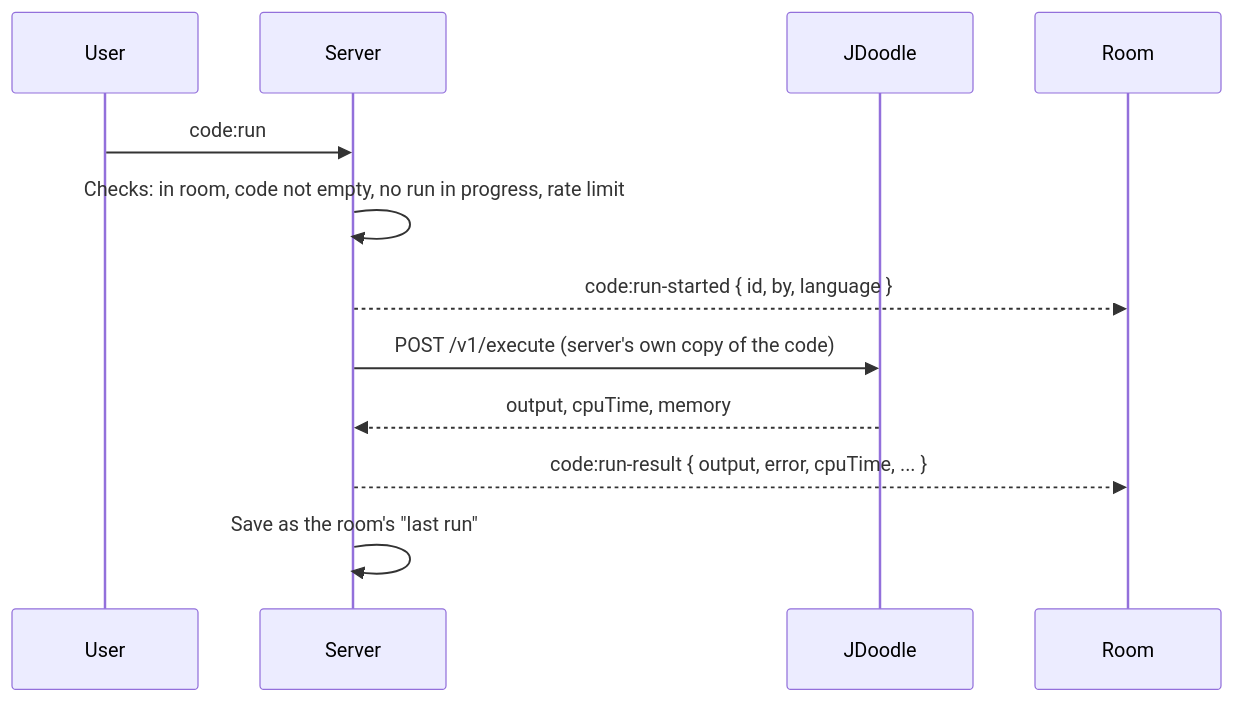
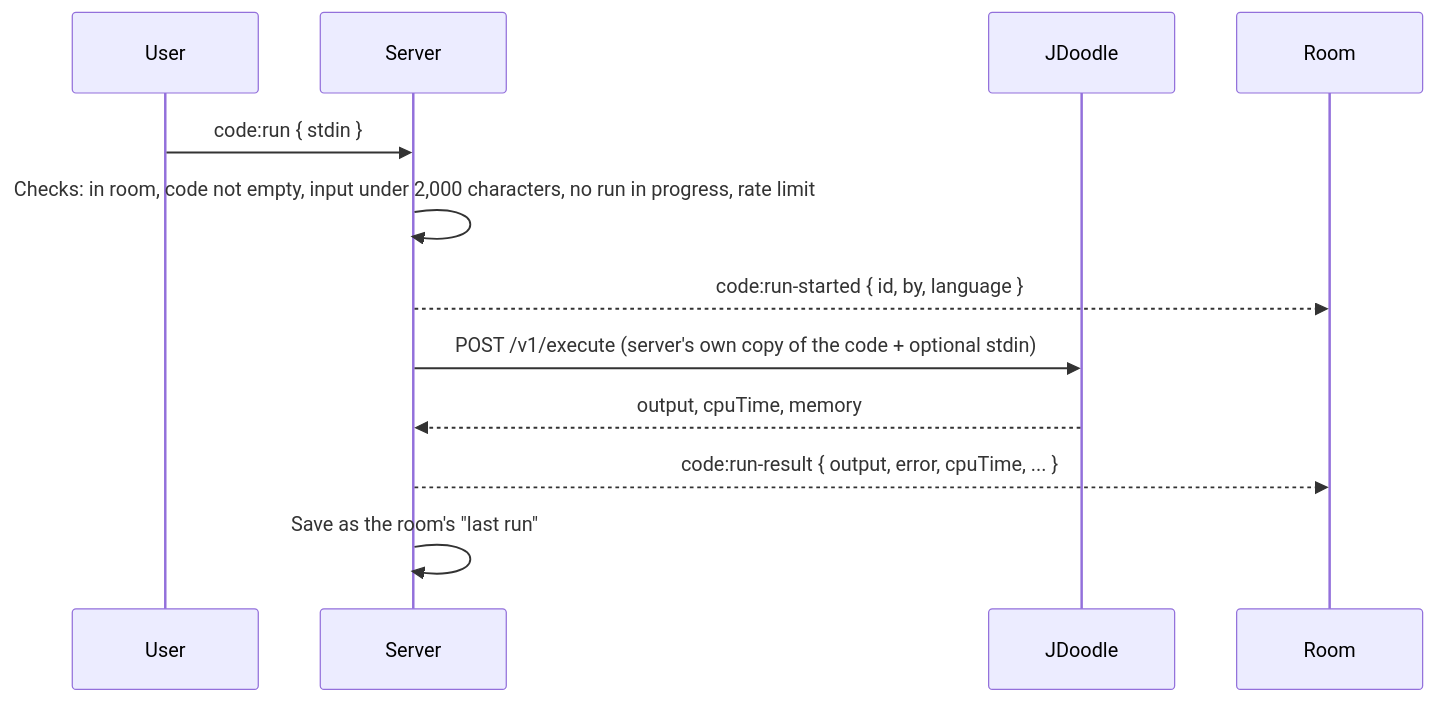
One commit to MohdHuzaifa-07/CodeMate changed the third of 4 diagrams in README.md. Above: the diagram before and after it, drawn with Mermaid. The commit also changed other lines of this file, not shown here.

Commit message:
Update README for stdin support and live demo link

````diff
--- a/README.md
+++ b/README.md
@@ -146,13 +150,13 @@
 ```mermaid
 sequenceDiagram
     participant U as User
     participant S as Server
     participant J as JDoodle
-    U->>S: code:run
-    S->>S: Checks: in room, code not empty, no run in progress, rate limit
+    U->>S: code:run { stdin }
+    S->>S: Checks: in room, code not empty, input under 2,000 characters, no run in progress, rate limit
     S-->>Room: code:run-started { id, by, language }
-    S->>J: POST /v1/execute (server's own copy of the code)
+    S->>J: POST /v1/execute (server's own copy of the code + optional stdin)
     J-->>S: output, cpuTime, memory
     S-->>Room: code:run-result { output, error, cpuTime, ... }
     S->>S: Save as the room's "last run"
 ```
````
